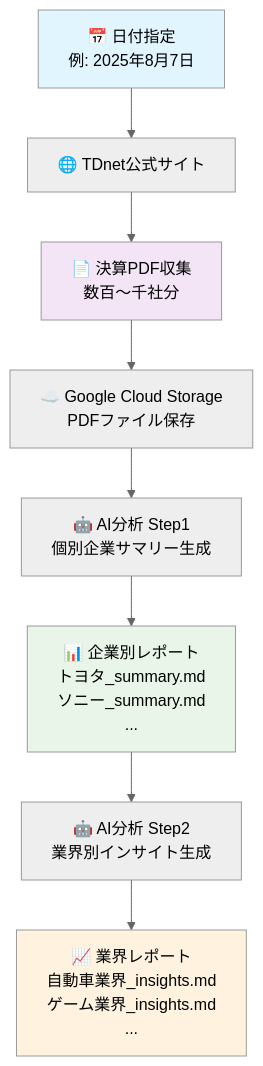
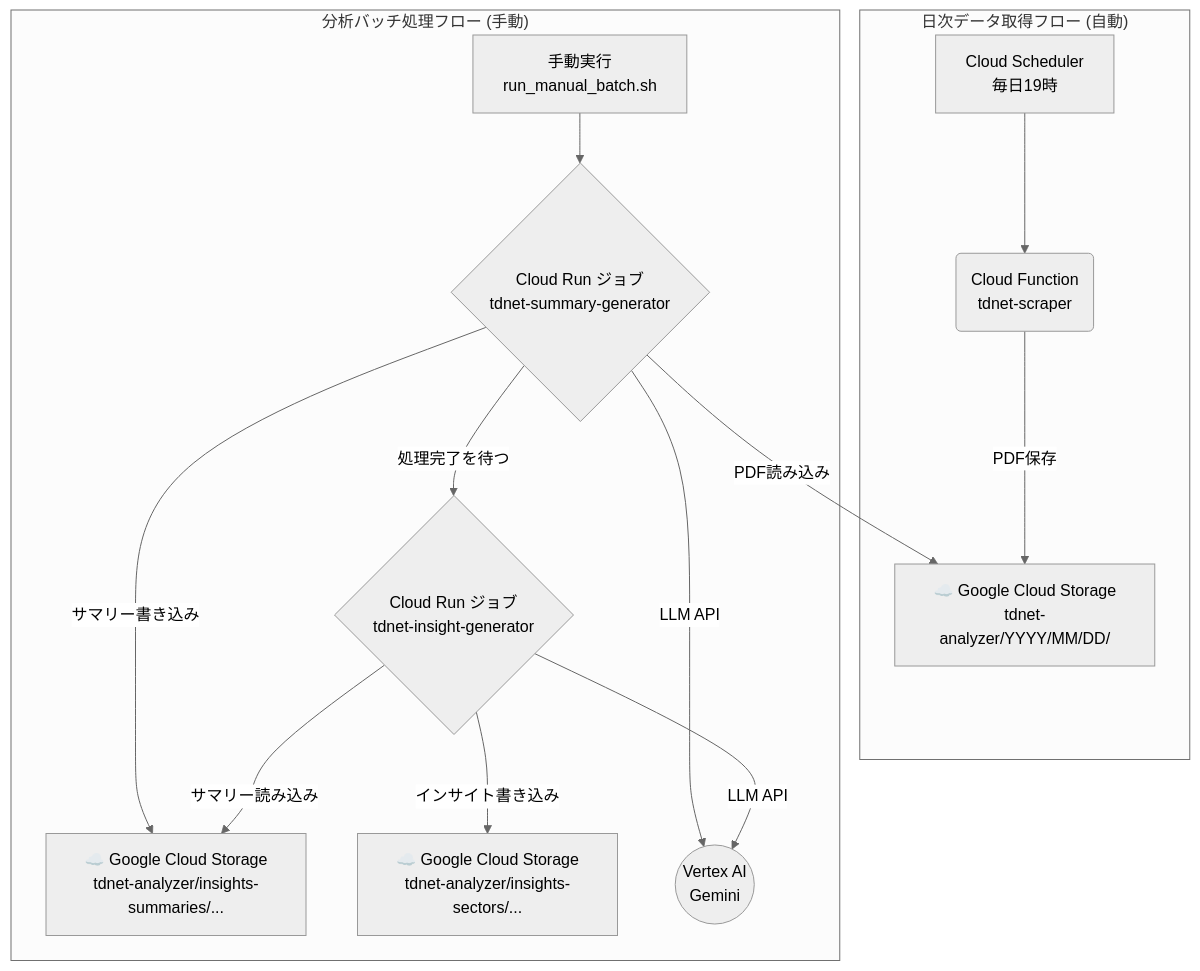
Before and after one commit to kz-investor/tdnet-analyze: the diagram in README.md, drawn with Mermaid (neutral theme). The commit also changed other lines of this file and 19 other files, not shown here.

````diff
--- a/README.md
+++ b/README.md
@@ -19,17 +42,20 @@
 ```mermaid
 graph TD
-    A[📅 日付指定<br/>例: 2025年8月7日] --> B[🌐 TDnet公式サイト]
-    B --> C[📄 決算PDF収集<br/>数百〜千社分]
-    C --> D[☁️ Google Cloud Storage<br/>PDFファイル保存]
-    
-    D --> E[🤖 AI分析 Step1<br/>個別企業サマリー生成]
-    E --> F[📊 企業別レポート<br/>トヨタ_summary.md<br/>ソニー_summary.md<br/>...]
-    
-    F --> G[🤖 AI分析 Step2<br/>業界別インサイト生成]
-    G --> H[📈 業界レポート<br/>自動車業界_insights.md<br/>ゲーム業界_insights.md<br/>...]
-    
-    style A fill:#e1f5fe
-    style C fill:#f3e5f5
-    style F fill:#e8f5e8
-    style H fill:#fff3e0
+    subgraph "日次データ取得フロー (自動)"
+        A["Cloud Scheduler<br/>毎日19時"] --> B("Cloud Function<br/>tdnet-scraper");
+        B -- "PDF保存" --> C["☁️ Google Cloud Storage<br/>tdnet-analyzer/YYYY/MM/DD/"];
+    end
+
+    subgraph "分析バッチ処理フロー (手動)"
+        D["手動実行<br/>run_manual_batch.sh"] --> E{"Cloud Run ジョブ<br/>tdnet-summary-generator"};
+        E -- "処理完了を待つ" --> F{"Cloud Run ジョブ<br/>tdnet-insight-generator"};
+        
+        E -- "PDF読み込み" --> C;
+        E -- "サマリー書き込み" --> G["☁️ Google Cloud Storage<br/>tdnet-analyzer/insights-summaries/..."];
+        F -- "サマリー読み込み" --> G;
+        F -- "インサイト書き込み" --> H["☁️ Google Cloud Storage<br/>tdnet-analyzer/insights-sectors/..."];
+        
+        E -- "LLM API" --> I(("Vertex AI<br/>Gemini"));
+        F -- "LLM API" --> I;
+    end
 ```
````
